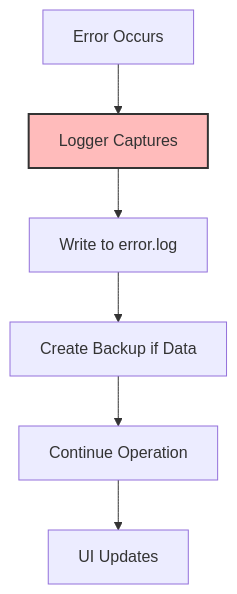
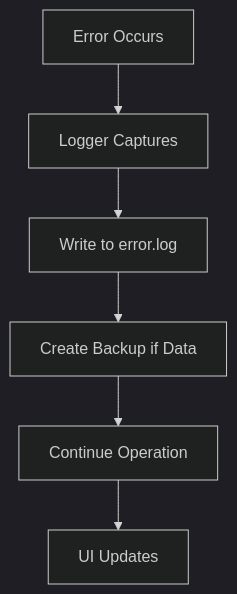
The third of 4 diagrams in readme.md (pleabargain/emoji-story-builder), drawn with Mermaid before and after one commit. The commit also changed other lines of this file, not shown here.

Commit message:
fixed the bad color schema on the mermaid files

````diff
--- a/readme.md
+++ b/readme.md
@@ -53,10 +50,9 @@
 ```mermaid
+%%{init: {'theme': 'dark'}}%%
 graph TD
     A[Error Occurs] --> B[Logger Captures]
     B --> C[Write to error.log]
     C --> D[Create Backup if Data]
     D --> E[Continue Operation]
     E --> F[UI Updates]
-    
-    style B fill:#fbb,stroke:#333,stroke-width:2px
 ```
````
